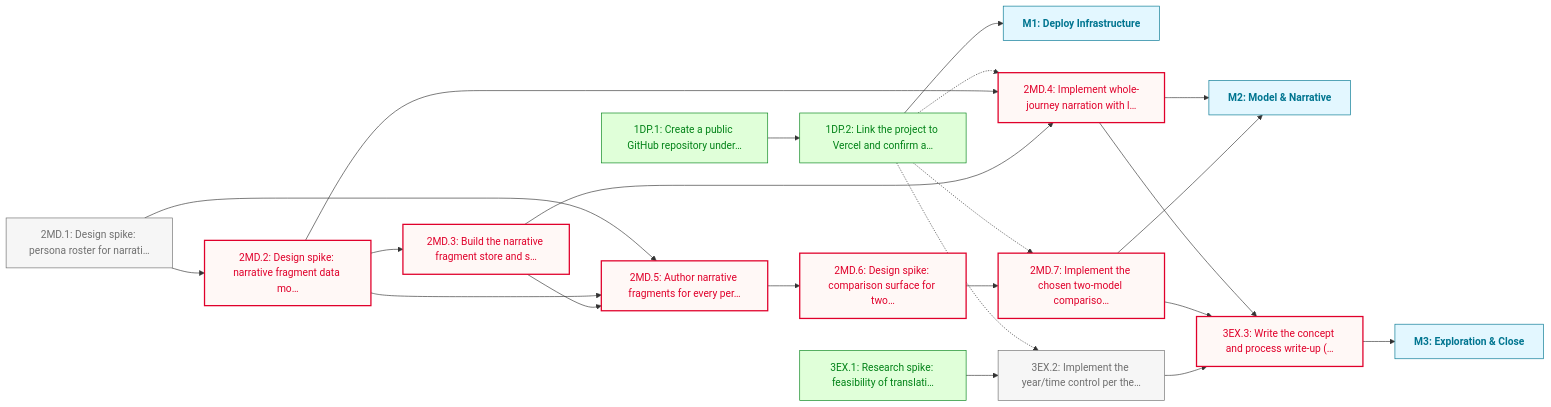
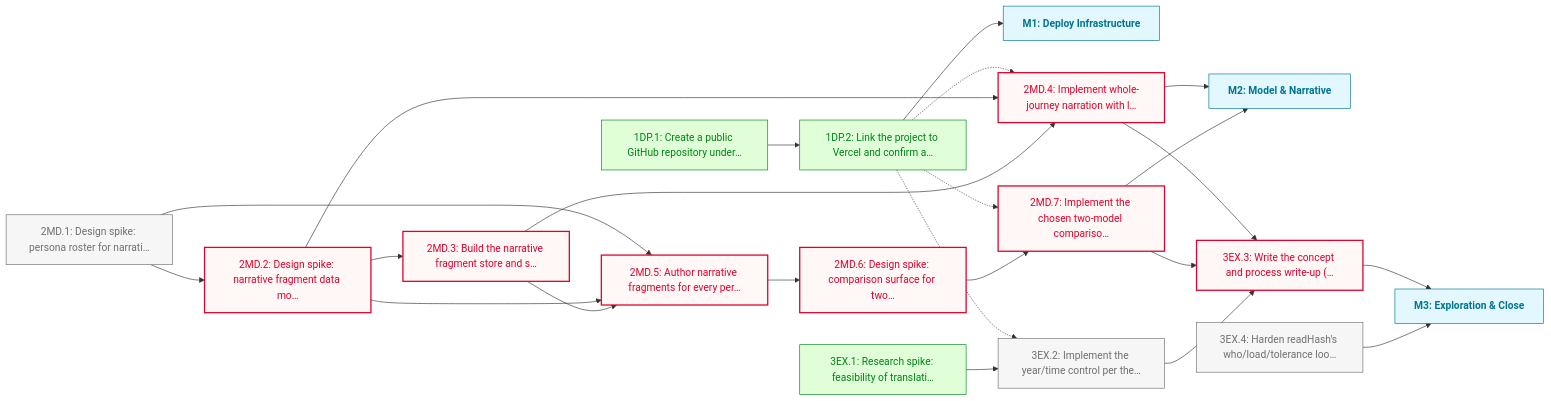
Before and after one commit to JasonWarrenUK/reach: the diagram in docs/roadmaps/PHASE_1.md, drawn with Mermaid. The commit also changed other lines of this file and 1 other file, not shown here.

Commit message:
docs: update roadmap

````diff
--- a/docs/roadmaps/PHASE_1.md
+++ b/docs/roadmaps/PHASE_1.md
@@ -51,50 +53,52 @@
 ```mermaid
 graph LR
 	classDef todo fill:#f6f6f6,stroke:#6f6f6f,color:#6f6f6f
 	classDef blocked fill:#fff8f6,stroke:#e0002b,color:#e0002b,stroke-width:2px
 	classDef paused fill:#fdf4ff,stroke:#b01fe3,color:#b01fe3,stroke-dasharray:4 3
 	classDef deferred fill:#fff8f3,stroke:#ac5c00,color:#ac5c00,stroke-dasharray:2 4,font-style:italic
 	classDef done fill:#e0ffd9,stroke:#008217,color:#008217
 	classDef outOfScope fill:#f6f6f6,stroke:#e2e2e2,color:#e2e2e2,stroke-dasharray:2 2
 	classDef mile fill:#e3f7ff,stroke:#007590,color:#007590,font-weight:bold
 	classDef external fill:#fff9e5,stroke:#7d6f00,color:#7d6f00,stroke-dasharray:4 3,font-style:italic
 	1DP.1["1DP.1: Create a public GitHub repository under…"]
 	1DP.2["1DP.2: Link the project to Vercel and confirm a…"]
 	M1["M1: Deploy Infrastructure"]:::mile
 	2MD.1["2MD.1: Design spike: persona roster for narrati…"]
 	2MD.2["2MD.2: Design spike: narrative fragment data mo…"]
 	2MD.3["2MD.3: Build the narrative fragment store and s…"]
 	2MD.4["2MD.4: Implement whole-journey narration with l…"]
 	2MD.5["2MD.5: Author narrative fragments for every per…"]
 	2MD.6["2MD.6: Design spike: comparison surface for two…"]
 	2MD.7["2MD.7: Implement the chosen two-model compariso…"]
 	M2["M2: Model & Narrative"]:::mile
 	3EX.1["3EX.1: Research spike: feasibility of translati…"]
 	3EX.2["3EX.2: Implement the year/time control per the…"]
 	3EX.3["3EX.3: Write the concept and process write-up (…"]
+	3EX.4["3EX.4: Harden readHash's who/load/tolerance loo…"]
 	M3["M3: Exploration & Close"]:::mile
 	1DP.1 --> 1DP.2
 	1DP.2 --> M1
 	1DP.2 -.-> 2MD.4
 	1DP.2 -.-> 2MD.7
 	1DP.2 -.-> 3EX.2
 	2MD.1 --> 2MD.2
 	2MD.1 --> 2MD.5
 	2MD.2 --> 2MD.3
 	2MD.2 --> 2MD.4
 	2MD.2 --> 2MD.5
 	2MD.3 --> 2MD.4
 	2MD.3 --> 2MD.5
 	2MD.4 --> M2
 	2MD.4 --> 3EX.3
 	2MD.5 --> 2MD.6
 	2MD.6 --> 2MD.7
 	2MD.7 --> M2
 	2MD.7 --> 3EX.3
 	3EX.1 --> 3EX.2
 	3EX.2 --> 3EX.3
 	3EX.3 --> M3
-	class 2MD.1,3EX.2 todo
+	3EX.4 --> M3
+	class 2MD.1,3EX.2,3EX.4 todo
 	class 2MD.2,2MD.3,2MD.4,2MD.5,2MD.6,2MD.7,3EX.3 blocked
 	class 1DP.1,1DP.2,3EX.1 done
 ```
````
